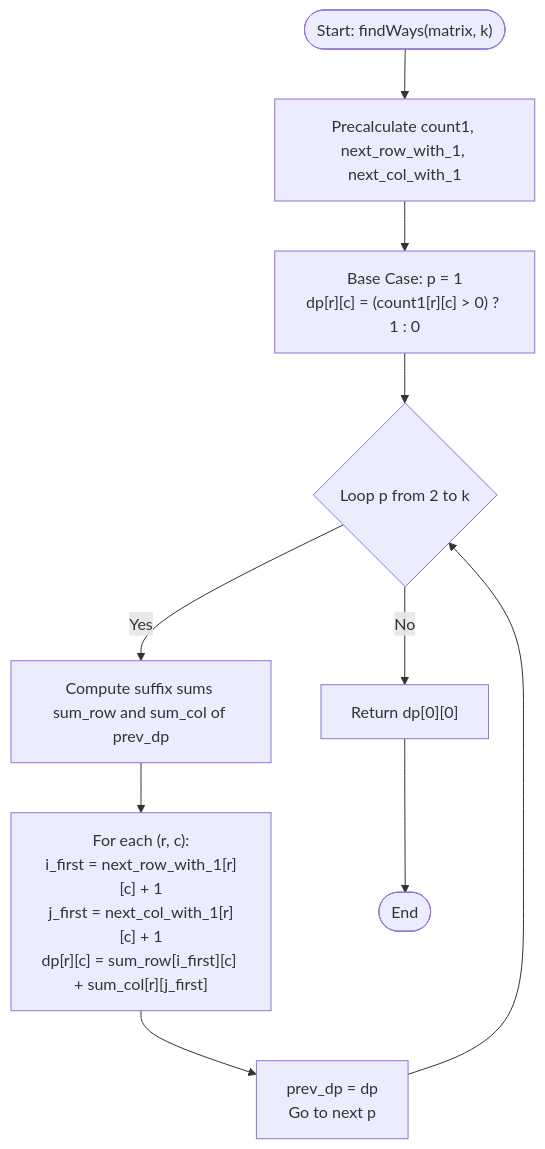
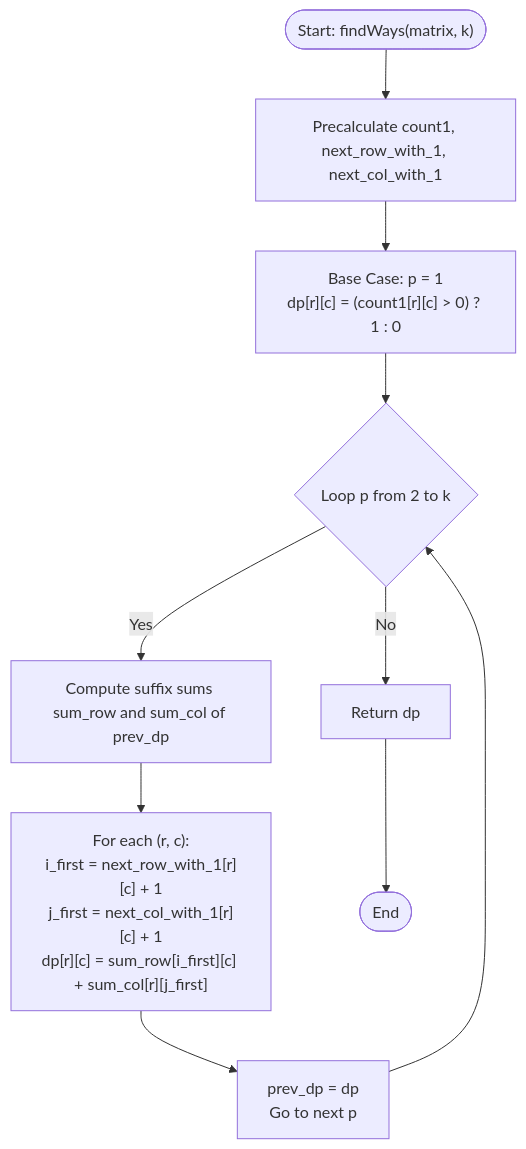
Before and after one commit to Learnbits477/Data-Structure-Algorithms: the diagram in GeeksForGeeks/172_Day/Approach.md, drawn with Mermaid. The commit also changed other lines of this file, not shown here.

````diff
--- a/GeeksForGeeks/172_Day/Approach.md
+++ b/GeeksForGeeks/172_Day/Approach.md
@@ -72,15 +72,15 @@
 ```mermaid
 flowchart TD
     Start(["Start: findWays(matrix, k)"]) --> Precompute["Precalculate count1, next_row_with_1, next_col_with_1"]
     Precompute --> BaseCase["Base Case: p = 1\ndp[r][c] = (count1[r][c] > 0) ? 1 : 0"]
-    
+
     BaseCase --> LoopP{"Loop p from 2 to k"}
     LoopP -- Yes --> ComputeSums["Compute suffix sums sum_row and sum_col of prev_dp"]
     ComputeSums --> Transitions["For each (r, c):\ni_first = next_row_with_1[r][c] + 1\nj_first = next_col_with_1[r][c] + 1\ndp[r][c] = sum_row[i_first][c] + sum_col[r][j_first]"]
-    
+
     Transitions --> NextP["prev_dp = dp\nGo to next p"]
     NextP --> LoopP
-    
-    LoopP -- No --> ReturnResult["Return dp[0][0]"]
+
+    LoopP -- No --> ReturnResult["Return dp"]
     ReturnResult --> End(["End"])
 ```
````
